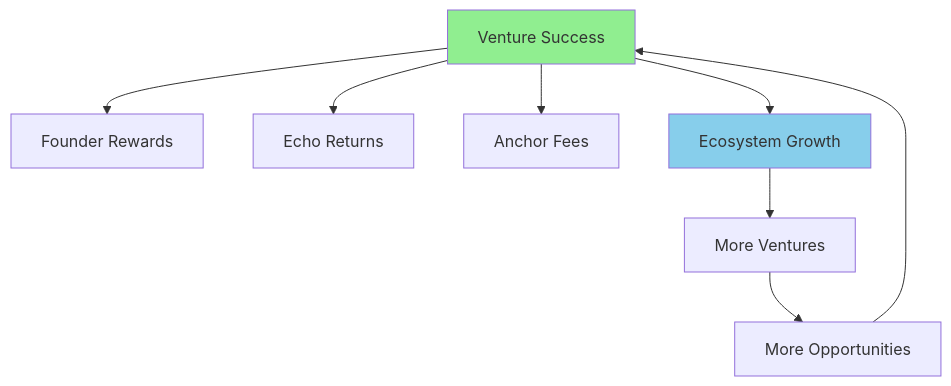
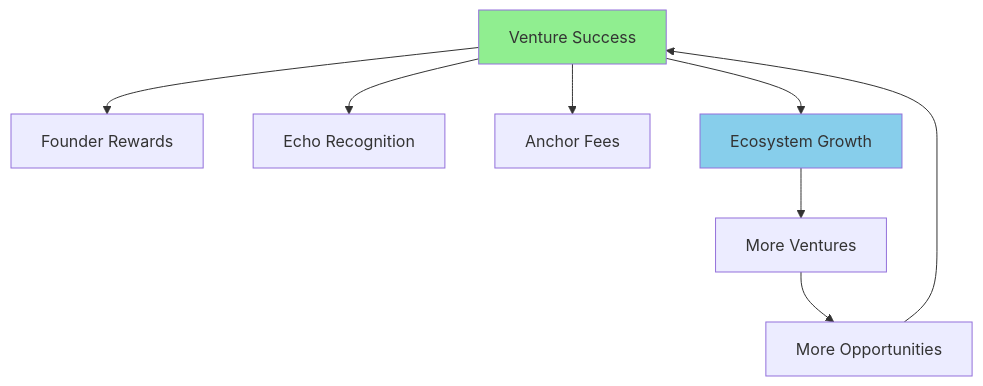
The first of 3 diagrams in docs/overview-guide/incentives.md (studio3-labs/studio3-docs), drawn with Mermaid before and after one commit. The commit also changed other lines of this file and 21 other files, not shown here.

````diff
--- a/docs/overview-guide/incentives.md
+++ b/docs/overview-guide/incentives.md
@@ -29,14 +29,14 @@
 ```mermaid
 graph TD
     VS[Venture Success] --> FR[Founder Rewards]
-    VS --> ER[Echo Returns]
+    VS --> ER[Echo Recognition]
     VS --> AF[Anchor Fees]
     VS --> EG[Ecosystem Growth]
     
     EG --> MV[More Ventures]
     MV --> MO[More Opportunities]
     MO --> VS
     
     style VS fill: #90EE90
     style EG fill: #87CEEB
 ```
````
